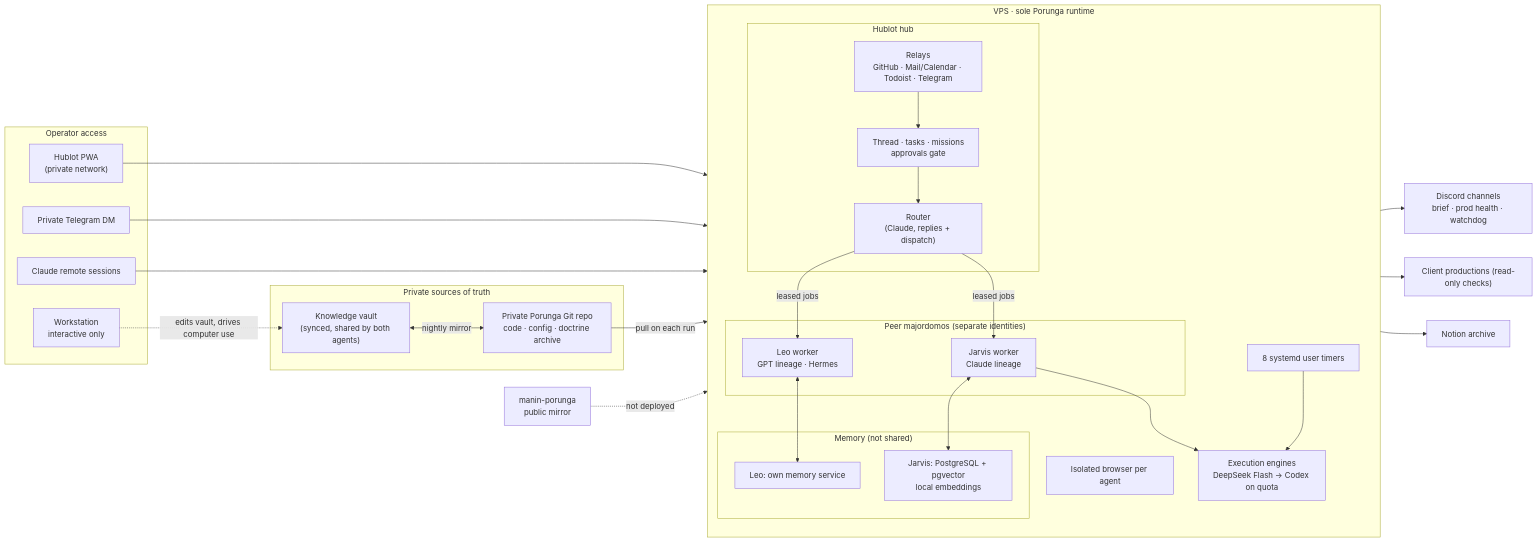
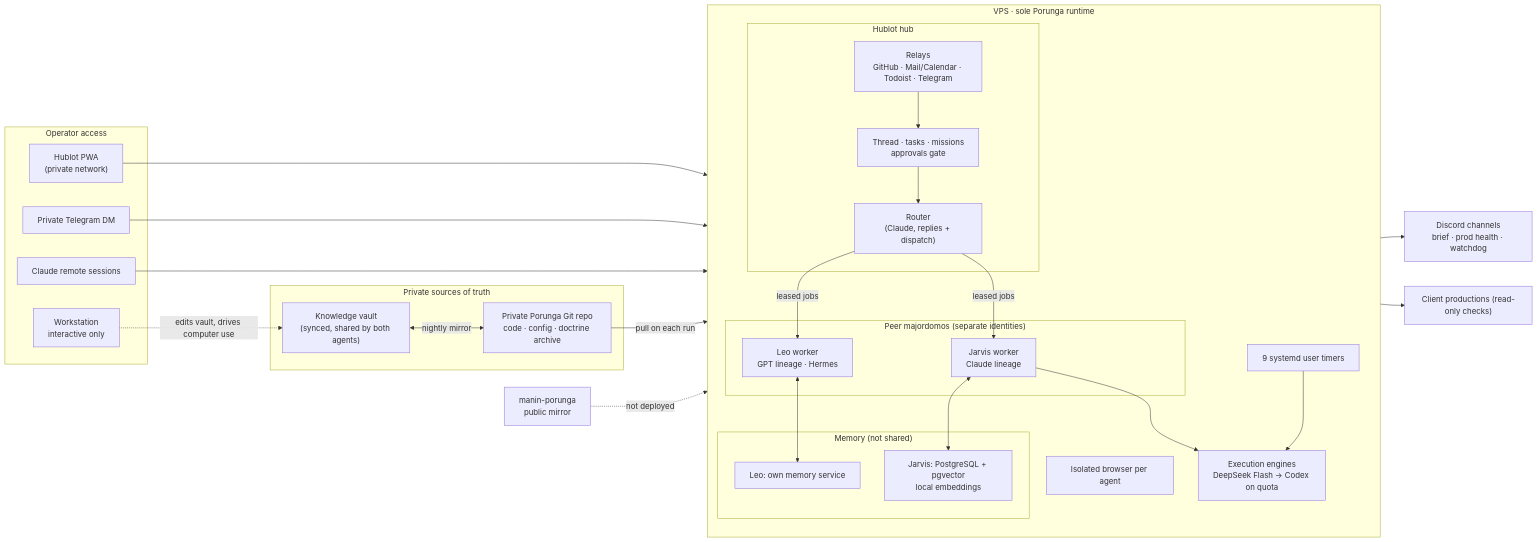
One commit to idrisschen/manin-porunga changed the diagram in docs/architecture.md. Above: the diagram before and after it, drawn with Mermaid. The commit also changed other lines of this file and 6 other files, not shown here.

First line of the commit message:
docs: present current single-host architecture and long-term memory

````diff
--- a/docs/architecture.md
+++ b/docs/architecture.md
@@ -21,53 +21,52 @@
 ```mermaid
 flowchart LR
   subgraph Operator["Operator access"]
     PWA["Hublot PWA<br/>(private network)"]
     TG["Private Telegram DM"]
     RC["Claude remote sessions"]
     Mac["Workstation<br/>interactive only"]
   end
 
   subgraph VPS["VPS · sole Porunga runtime"]
     direction TB
     subgraph Hub["Hublot hub"]
       Thread["Thread · tasks · missions<br/>approvals gate"]
       Router["Router<br/>(Claude, replies + dispatch)"]
       Relays["Relays<br/>GitHub · Mail/Calendar · Todoist · Telegram"]
     end
     subgraph Agents["Peer majordomos (separate identities)"]
       Jarvis["Jarvis worker<br/>Claude lineage"]
       Leo["Leo worker<br/>GPT lineage · Hermes"]
     end
     Engines["Execution engines<br/>DeepSeek Flash → Codex on quota"]
-    Timers["8 systemd user timers"]
+    Timers["9 systemd user timers"]
     subgraph Mem["Memory (not shared)"]
       JMem["Jarvis: PostgreSQL + pgvector<br/>local embeddings"]
       LMem["Leo: own memory service"]
     end
     Browsers["Isolated browser per agent"]
   end
 
   subgraph Canon["Private sources of truth"]
     Git["Private Porunga Git repo<br/>code · config · doctrine archive"]
     Vault["Knowledge vault<br/>(synced, shared by both agents)"]
   end
 
   PWA --> Thread
   TG --> Relays
   RC --> Jarvis
   Mac -. "edits vault, drives computer use" .-> Vault
   Relays --> Thread
   Thread --> Router
   Router -->|"leased jobs"| Jarvis
   Router -->|"leased jobs"| Leo
   Jarvis --> Engines
   Jarvis <--> JMem
   Leo <--> LMem
   Timers --> Engines
   Git -->|"pull on each run"| Timers
   Vault <-->|"nightly mirror"| Git
   Timers --> Discord["Discord channels<br/>brief · prod health · watchdog"]
   Timers --> Prods["Client productions (read-only checks)"]
-  Timers --> Notion["Notion archive"]
   Public["manin-porunga<br/>public mirror"] -. "not deployed" .-> VPS
 ```
````
